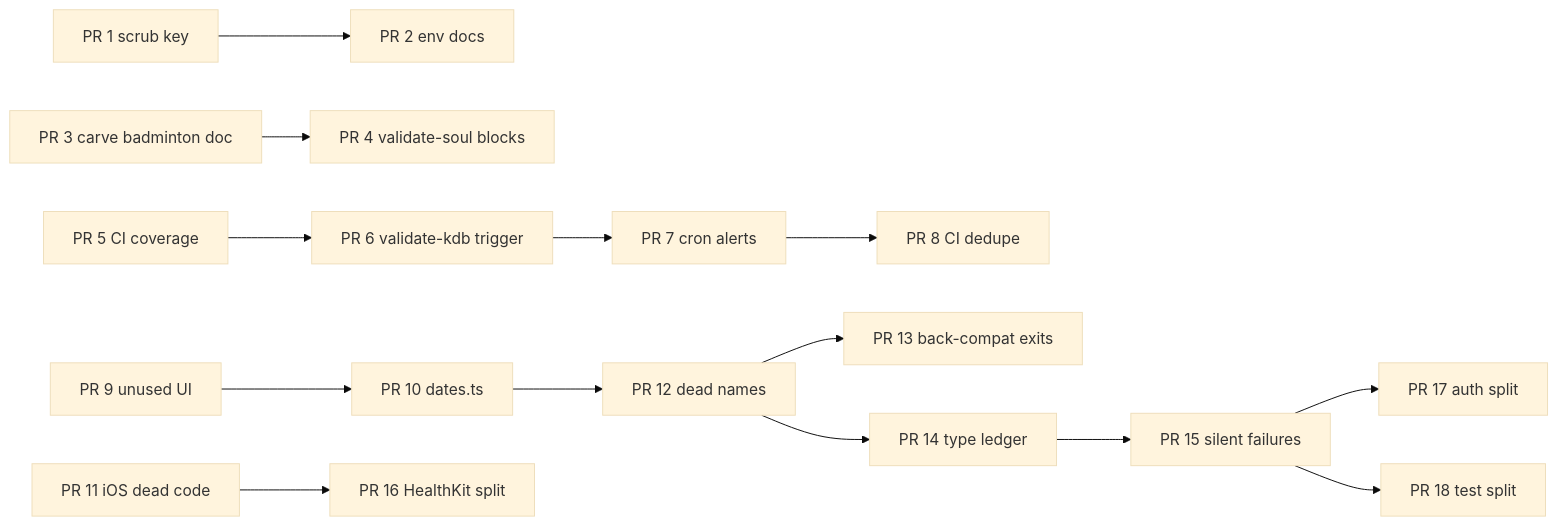
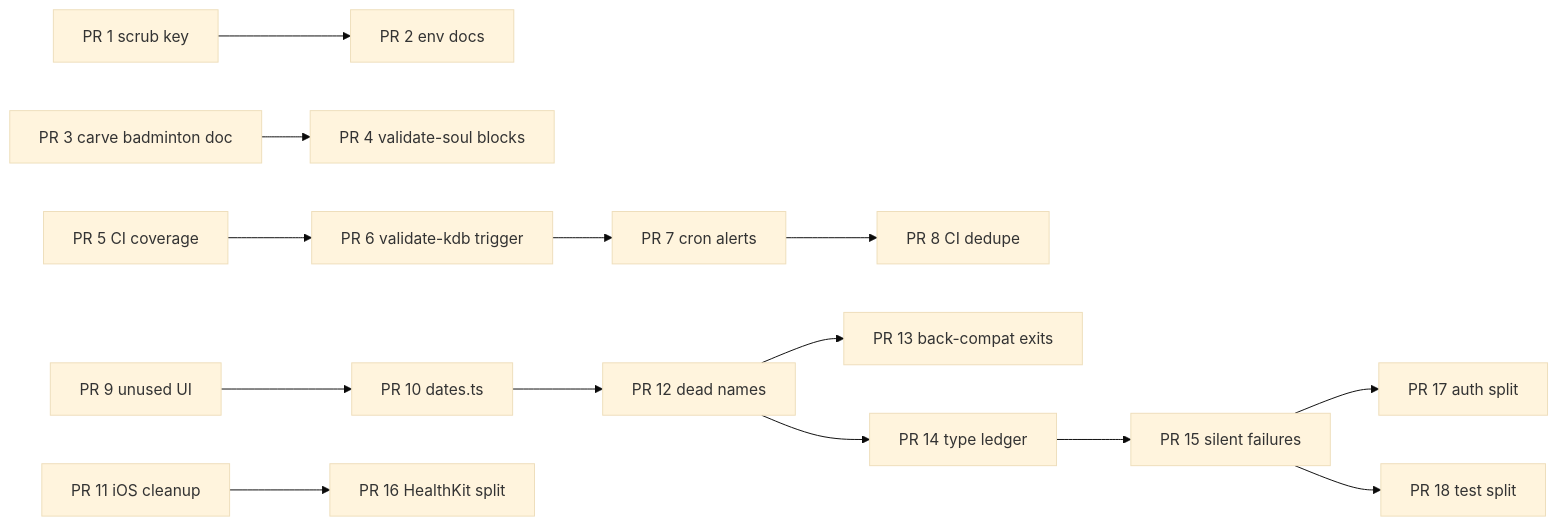
The diagram in docs/plans/repo-hygiene-sweep.md (sibling-shipyard/coach-hq), drawn with Mermaid (base theme) before and after one commit. The commit also changed other lines of this file and 1 other file, not shown here.

````diff
--- a/docs/plans/repo-hygiene-sweep.md
+++ b/docs/plans/repo-hygiene-sweep.md
@@ -20,12 +20,12 @@
 ```mermaid
 graph LR
   P1["PR 1 scrub key"] --> P2["PR 2 env docs"]
   P3["PR 3 carve badminton doc"] --> P4["PR 4 validate-soul blocks"]
   P5["PR 5 CI coverage"] --> P6["PR 6 validate-kdb trigger"] --> P7["PR 7 cron alerts"] --> P8["PR 8 CI dedupe"]
   P9["PR 9 unused UI"] --> P10["PR 10 dates.ts"] --> P12["PR 12 dead names"]
   P12 --> P13["PR 13 back-compat exits"]
   P12 --> P14["PR 14 type ledger"] --> P15["PR 15 silent failures"]
   P15 --> P17["PR 17 auth split"]
   P15 --> P18["PR 18 test split"]
-  P11["PR 11 iOS dead code"] --> P16["PR 16 HealthKit split"]
+  P11["PR 11 iOS cleanup"] --> P16["PR 16 HealthKit split"]
 ```
````
